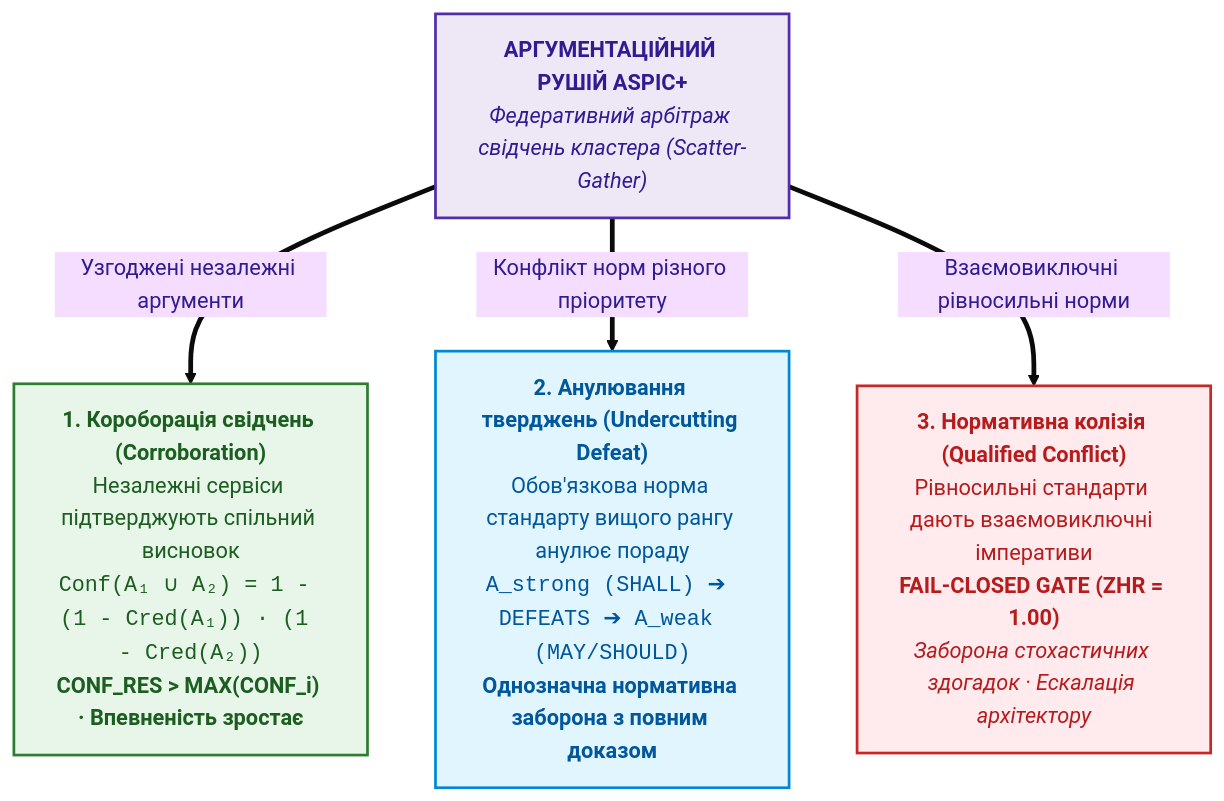
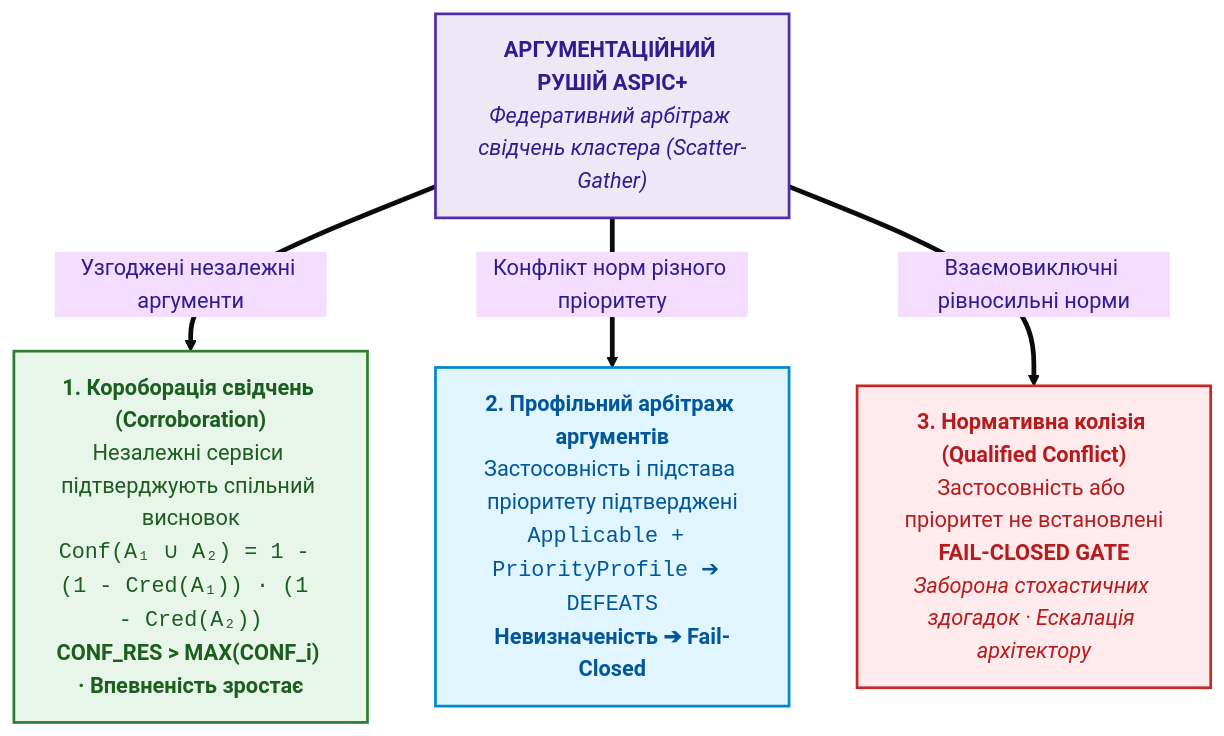
The fourth of 6 diagrams in ExpertSystem/ch40-distributed-epistemic-architectures-soa-and-cluster-scaling.md (nick-fedchik/articles), drawn with Mermaid (base theme) before and after one commit. The commit also changed other lines of this file and 17 other files, not shown here.

````diff
--- a/ExpertSystem/ch40-distributed-epistemic-architectures-soa-and-cluster-scaling.md
+++ b/ExpertSystem/ch40-distributed-epistemic-architectures-soa-and-cluster-scaling.md
@@ -392,27 +392,27 @@
 ```mermaid
 flowchart TD
     accTitle: Федеративний аргументаційний арбітраж свідчень на базі ASPIC+
     accDescr: Три гілки опрацювання федеративних аргументів: короборація, анулювання та захисний шлюз нормативної колізії Fail-Closed.
 
     ENGINE["<b>АРГУМЕНТАЦІЙНИЙ РУШІЙ ASPIC+</b><br><i>Федеративний арбітраж свідчень кластера (Scatter-Gather)</i>"]
 
     BRANCH1["<b>1. Короборація свідчень (Corroboration)</b><br>Незалежні сервіси підтверджують спільний висновок<br><code>Conf(A₁ ∪ A₂) = 1 - (1 - Cred(A₁)) · (1 - Cred(A₂))</code><br><b>CONF_RES &gt; MAX(CONF_i) · Впевненість зростає</b>"]
 
-    BRANCH2["<b>2. Анулювання тверджень (Undercutting Defeat)</b><br>Обов'язкова норма стандарту вищого рангу анулює пораду<br><code>A_strong (SHALL) ➔ DEFEATS ➔ A_weak (MAY/SHOULD)</code><br><b>Однозначна нормативна заборона з повним доказом</b>"]
+   BRANCH2["<b>2. Профільний арбітраж аргументів</b><br>Застосовність і підстава пріоритету підтверджені<br><code>Applicable + PriorityProfile ➔ DEFEATS</code><br><b>Невизначеність ➔ Fail-Closed</b>"]
 
-    BRANCH3["<b>3. Нормативна колізія (Qualified Conflict)</b><br>Рівносильні стандарти дають взаємовиключні імперативи<br><b>FAIL-CLOSED GATE (ZHR = 1.00)</b><br><i>Заборона стохастичних здогадок · Ескалація архітектору</i>"]
+   BRANCH3["<b>3. Нормативна колізія (Qualified Conflict)</b><br>Застосовність або пріоритет не встановлені<br><b>FAIL-CLOSED GATE</b><br><i>Заборона стохастичних здогадок · Ескалація архітектору</i>"]
 
     ENGINE ==>|Узгоджені незалежні аргументи| BRANCH1
     ENGINE ==>|Конфлікт норм різного пріоритету| BRANCH2
     ENGINE ==>|Взаємовиключні рівносильні норми| BRANCH3
 
     classDef root fill:#ede7f6,stroke:#512da8,stroke-width:2px,color:#311b92;
     classDef corrob fill:#e8f5e9,stroke:#2e7d32,stroke-width:2px,color:#1b5e20;
     classDef defeat fill:#e1f5fe,stroke:#0288d1,stroke-width:2px,color:#01579b;
     classDef conflict fill:#ffebee,stroke:#c62828,stroke-width:2px,color:#b71c1c;
 
     class ENGINE root;
     class BRANCH1 corrob;
     class BRANCH2 defeat;
     class BRANCH3 conflict;
 ```
````
